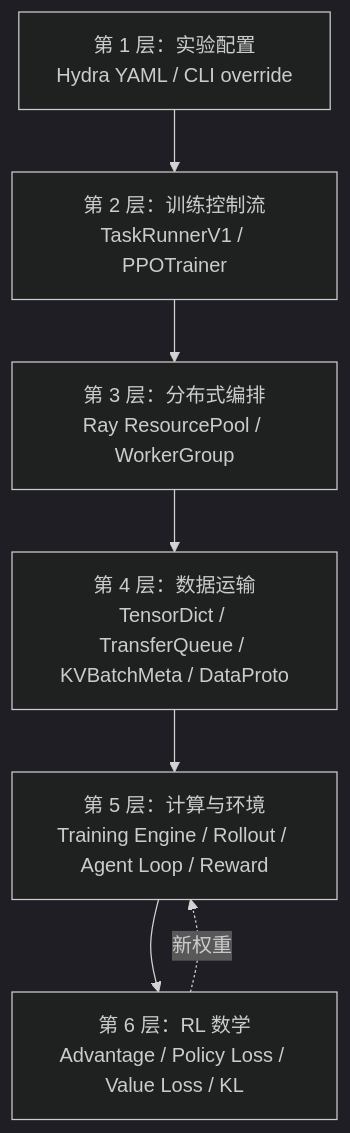
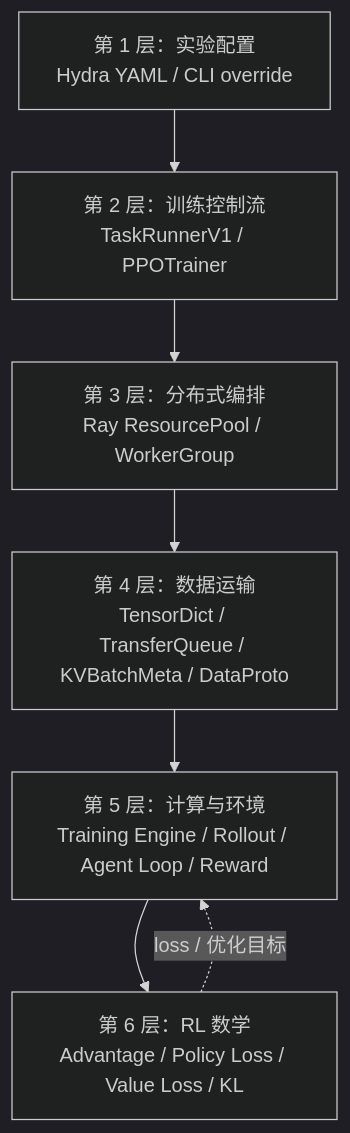
One commit to BiboyQG/learn-verl changed the diagram in docs-site/content/00_learning_map.md. Above: the diagram before and after it, drawn with Mermaid (dark theme). The commit also changed other lines of this file and 16 other files, not shown here.

````diff
--- a/docs-site/content/00_learning_map.md
+++ b/docs-site/content/00_learning_map.md
@@ -25,12 +25,12 @@
 ```mermaid
 flowchart TB
     L1["第 1 层：实验配置<br/>Hydra YAML / CLI override"]
     L2["第 2 层：训练控制流<br/>TaskRunnerV1 / PPOTrainer"]
     L3["第 3 层：分布式编排<br/>Ray ResourcePool / WorkerGroup"]
     L4["第 4 层：数据运输<br/>TensorDict / TransferQueue / KVBatchMeta / DataProto"]
     L5["第 5 层：计算与环境<br/>Training Engine / Rollout / Agent Loop / Reward"]
     L6["第 6 层：RL 数学<br/>Advantage / Policy Loss / Value Loss / KL"]
 
     L1 --> L2 --> L3 --> L4 --> L5 --> L6
-    L6 -."新权重".-> L5
+    L6 -."loss / 优化目标".-> L5
 ```
````
